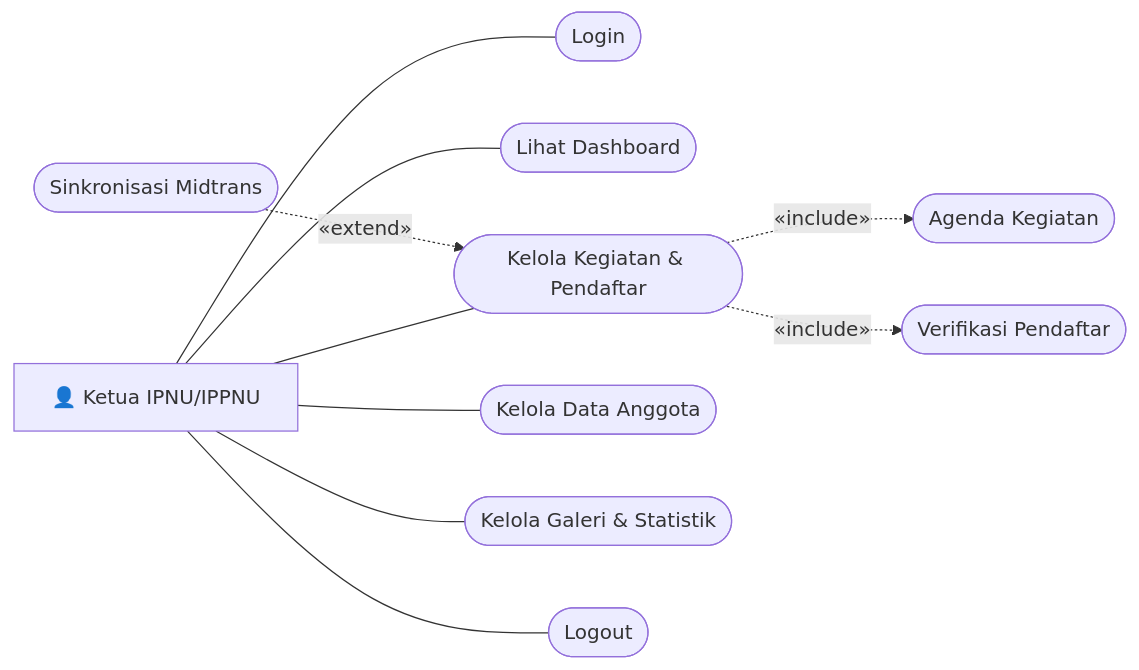
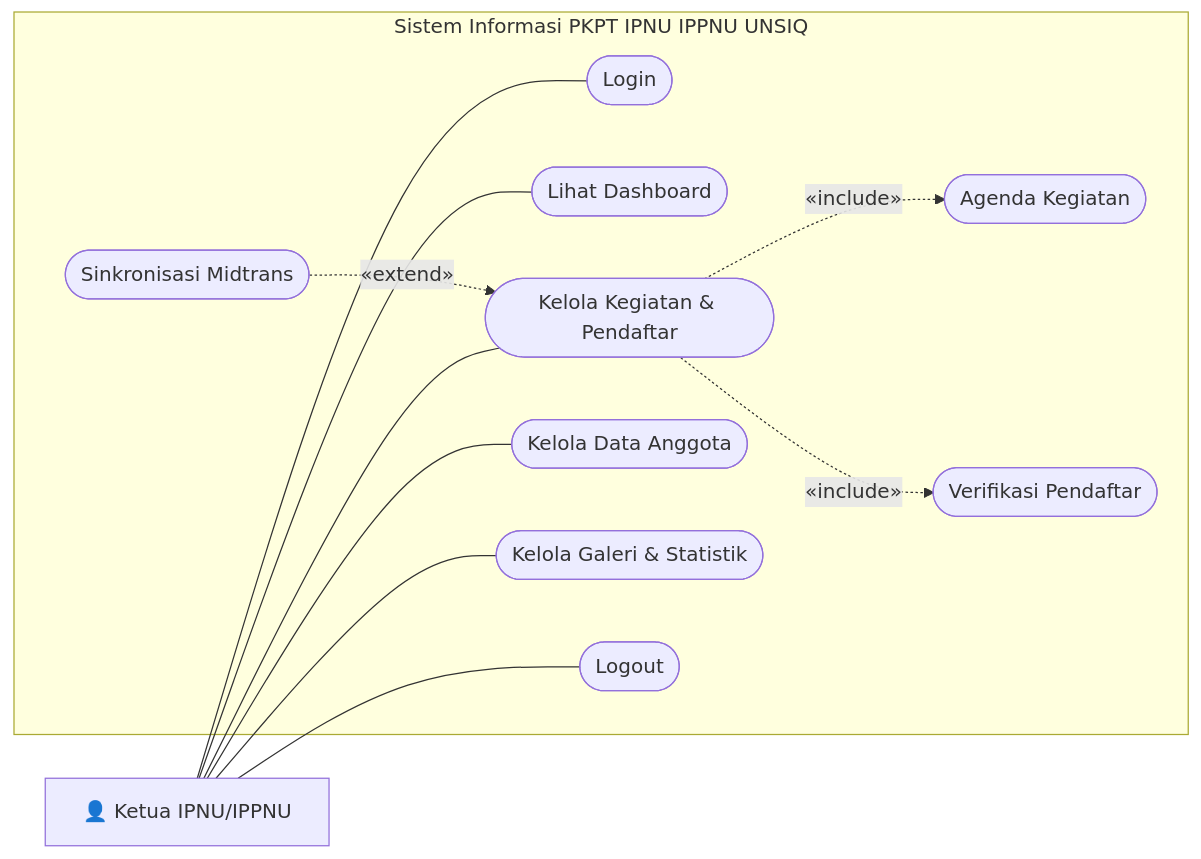
Before and after one commit to rizalmhmd/pk-ipnu-ippnu: the second of 4 diagrams in laporan/dokumen/USE_CASE_DIAGRAM.md, drawn with Mermaid. The commit also changed other lines of this file and 275 other files, not shown here.

````diff
--- a/laporan/dokumen/USE_CASE_DIAGRAM.md
+++ b/laporan/dokumen/USE_CASE_DIAGRAM.md
@@ -71,31 +82,33 @@
 ```mermaid
 flowchart LR
-    %% Aktor Kiri
+    %% Aktor di LUAR Kotak
     Ketua["👤 Ketua IPNU/IPPNU"]
 
-    %% 6 Elips Utama Vertikal
-    UC1(["Login"])
-    UC2(["Lihat Dashboard"])
-    UC3(["Kelola Kegiatan & Pendaftar"])
-    UC4(["Kelola Data Anggota"])
-    UC5(["Kelola Galeri & Statistik"])
-    UC6(["Logout"])
+    subgraph SysKetua["Sistem Informasi PKPT IPNU IPPNU UNSIQ"]
+        %% 6 Elips Utama Vertikal
+        UC1(["Login"])
+        UC2(["Lihat Dashboard"])
+        UC3(["Kelola Kegiatan & Pendaftar"])
+        UC4(["Kelola Data Anggota"])
+        UC5(["Kelola Galeri & Statistik"])
+        UC6(["Logout"])
 
-    %% 3 Sub-Elips di Kanan
-    Sub1(["Agenda Kegiatan"])
-    Sub2(["Verifikasi Pendaftar"])
-    Sub3(["Sinkronisasi Midtrans"])
+        %% 3 Sub-Elips di Kanan
+        Sub1(["Agenda Kegiatan"])
+        Sub2(["Verifikasi Pendaftar"])
+        Sub3(["Sinkronisasi Midtrans"])
 
-    %% Asosiasi Lurus
+        %% Relasi Include & Extend
+        UC3 -.->|«include»| Sub1
+        UC3 -.->|«include»| Sub2
+        Sub3 -.->|«extend»| UC3
+    end
+
+    %% Garis Asosiasi
     Ketua --- UC1
     Ketua --- UC2
     Ketua --- UC3
     Ketua --- UC4
     Ketua --- UC5
     Ketua --- UC6
-
-    %% Relasi Include & Extend
-    UC3 -.->|«include»| Sub1
-    UC3 -.->|«include»| Sub2
-    Sub3 -.->|«extend»| UC3
 ```
````
